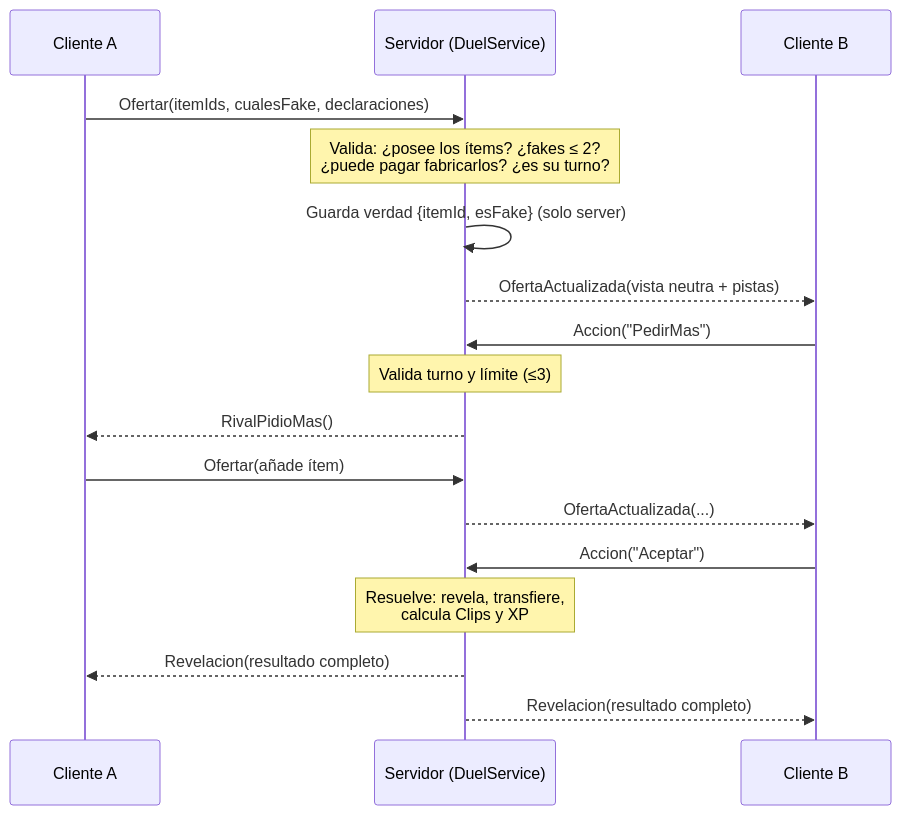
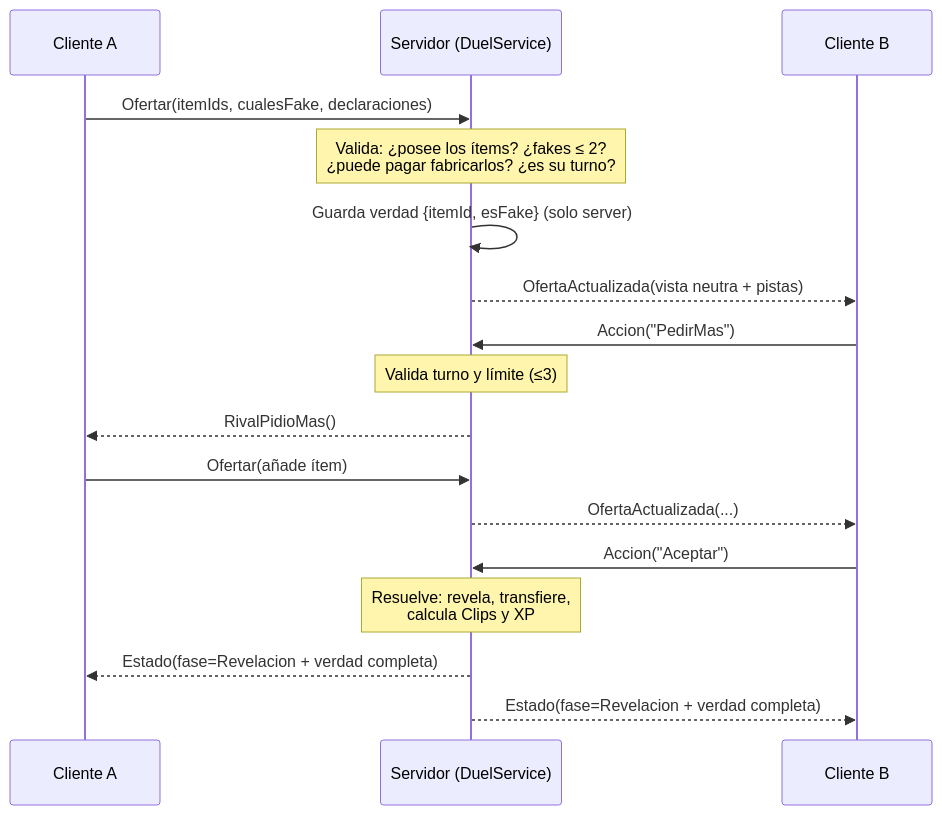
One commit to reeenatamc/master-of-barter changed the second of 2 diagrams in docs/arquitectura.md. Above: the diagram before and after it, drawn with Mermaid. The commit also changed other lines of this file and 2 other files, not shown here.

````diff
--- a/docs/arquitectura.md
+++ b/docs/arquitectura.md
@@ -106,20 +106,20 @@
 ```mermaid
 sequenceDiagram
     participant A as Cliente A
     participant S as Servidor (DuelService)
     participant B as Cliente B
 
     A->>S: Ofertar(itemIds, cualesFake, declaraciones)
     Note over S: Valida: ¿posee los ítems? ¿fakes ≤ 2?<br/>¿puede pagar fabricarlos? ¿es su turno?
     S->>S: Guarda verdad {itemId, esFake} (solo server)
     S-->>B: OfertaActualizada(vista neutra + pistas)
     B->>S: Accion("PedirMas")
     Note over S: Valida turno y límite (≤3)
     S-->>A: RivalPidioMas()
     A->>S: Ofertar(añade ítem)
     S-->>B: OfertaActualizada(...)
     B->>S: Accion("Aceptar")
     Note over S: Resuelve: revela, transfiere,<br/>calcula Clips y XP
-    S-->>A: Revelacion(resultado completo)
-    S-->>B: Revelacion(resultado completo)
+    S-->>A: Estado(fase=Revelacion + verdad completa)
+    S-->>B: Estado(fase=Revelacion + verdad completa)
 ```
````
